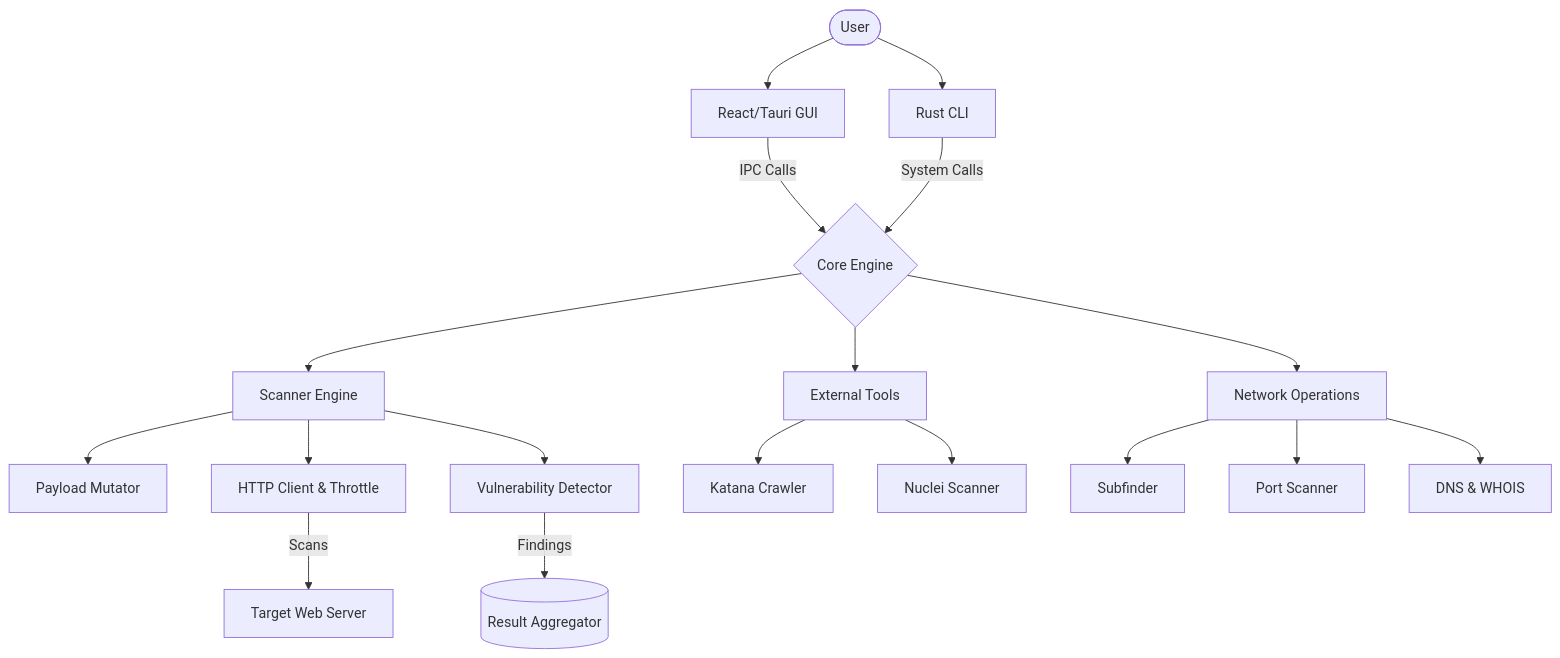
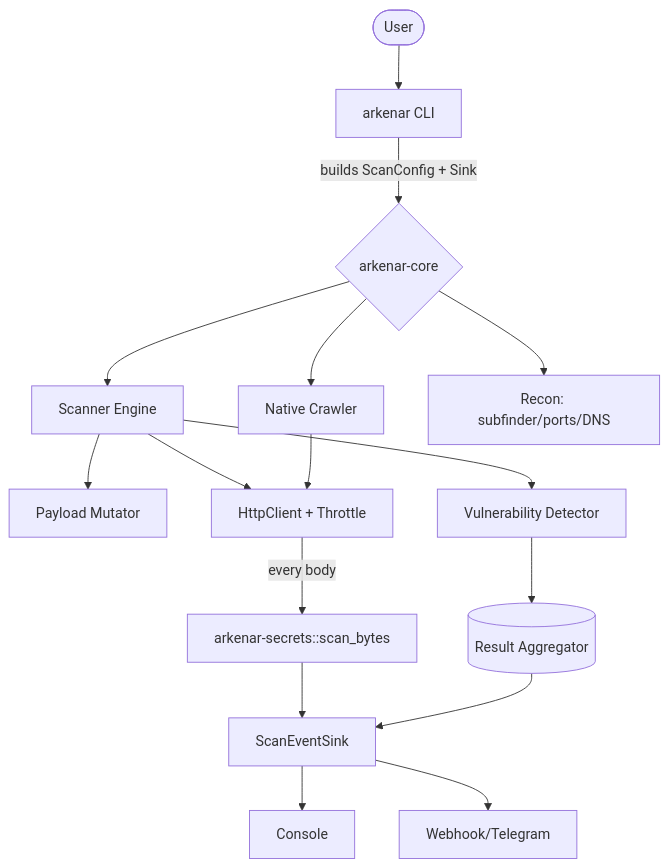
The diagram in ARKENAR_DOCUMENTATION.md (realozk/ARKENAR), drawn with Mermaid before and after one commit. The commit also changed other lines of this file and 11 other files, not shown here.

````diff
--- a/ARKENAR_DOCUMENTATION.md
+++ b/ARKENAR_DOCUMENTATION.md
@@ -9,26 +14,21 @@
 ```mermaid
 graph TD
-    User([User]) --> GUI[React/Tauri GUI]
-    User --> CLI[Rust CLI]
-    
-    GUI -- IPC Calls --> CORE{Core Engine}
-    CLI -- System Calls --> CORE
-    
+    User([User]) --> CLI[arkenar CLI]
+    CLI -- builds ScanConfig + Sink --> CORE{arkenar-core}
+
+    CORE --> Crawl[Native Crawler]
     CORE --> Engine[Scanner Engine]
-    CORE --> ExtTools[External Tools]
-    CORE --> NetOps[Network Operations]
-    
+    CORE --> Recon[Recon: subfinder/ports/DNS]
+
     Engine --> Mutator[Payload Mutator]
-    Engine --> HTTP[HTTP Client & Throttle]
+    Engine --> HTTP[HttpClient + Throttle]
     Engine --> Detector[Vulnerability Detector]
-    
-    ExtTools --> Katana[Katana Crawler]
-    ExtTools --> Nuclei[Nuclei Scanner]
-    
-    NetOps --> Subfinder[Subfinder]
-    NetOps --> PortScan[Port Scanner]
-    NetOps --> DNS[DNS & WHOIS]
-    
-    HTTP -- Scans --> Target[Target Web Server]
-    Detector -- Findings --> Aggregator[(Result Aggregator)]
+
+    Crawl --> HTTP
+    HTTP -- every body --> Secrets[arkenar-secrets::scan_bytes]
+    Detector --> Aggregator[(Result Aggregator)]
+    Secrets --> Sink
+    Aggregator --> Sink[ScanEventSink]
+    Sink --> Console[Console]
+    Sink --> Webhook[Webhook/Telegram]
 ```
````
